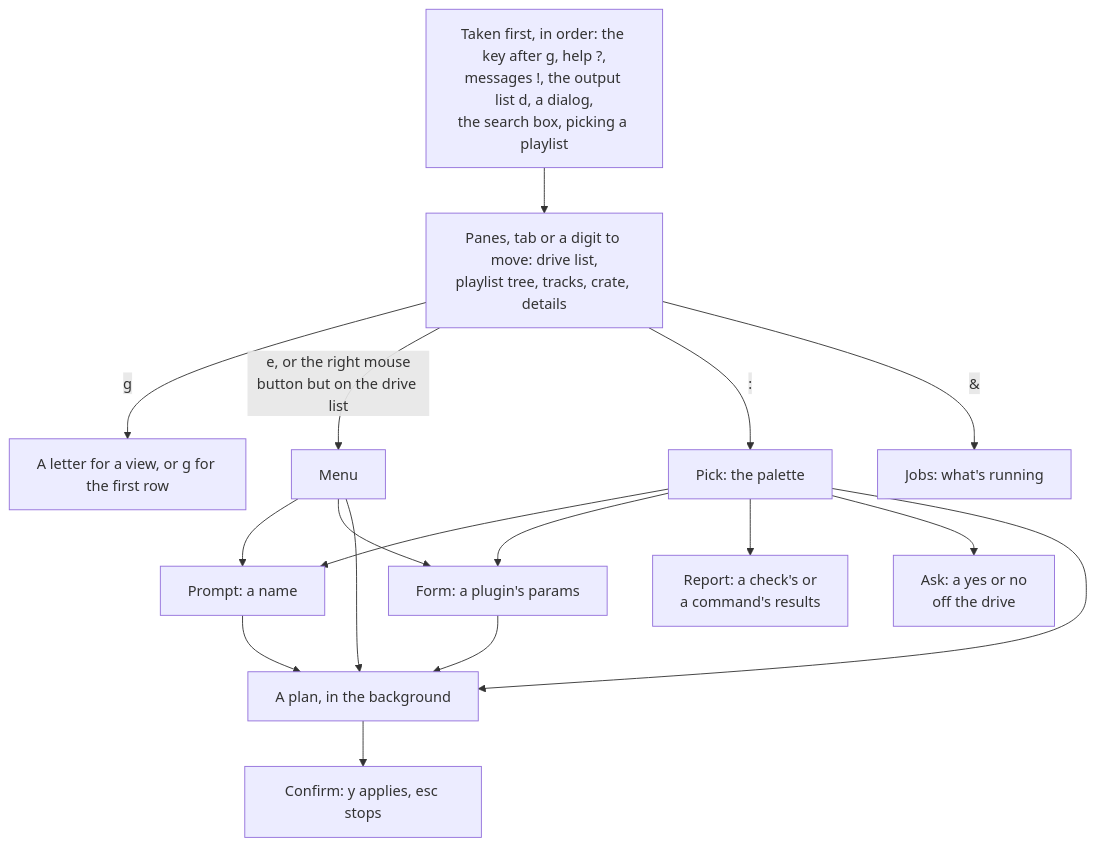
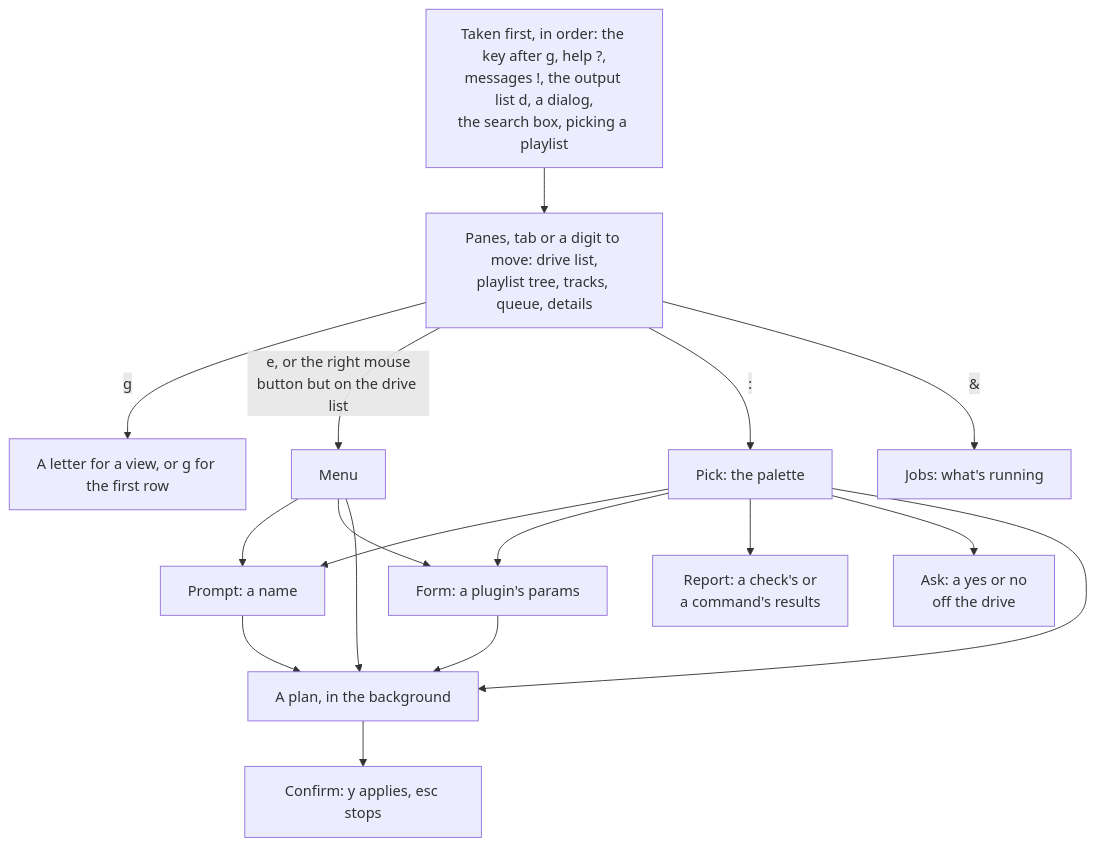
The fourth of 17 diagrams in apps/locallibrary/docs/diagrams/player.md (cutenode/localnetwork), drawn with Mermaid before and after one commit. The commit also changed other lines of this file and 48 other files, not shown here.

````diff
--- a/apps/locallibrary/docs/diagrams/player.md
+++ b/apps/locallibrary/docs/diagrams/player.md
@@ -90,19 +90,19 @@
 ```mermaid
 flowchart TD
-    first["Taken first, in order: the key after g, help ?,<br/>messages !, the output list d, a dialog,<br/>the search box, picking a playlist"] --> panes["Panes, tab or a digit to move: drive list,<br/>playlist tree, tracks, crate, details"]
+    first["Taken first, in order: the key after g, help ?,<br/>messages !, the output list d, a dialog,<br/>the search box, picking a playlist"] --> panes["Panes, tab or a digit to move: drive list,<br/>playlist tree, tracks, queue, details"]
     panes -->|"g"| chord["A letter for a view, or g for the first row"]
     panes -->|"e, or the right mouse<br/>button but on the drive list"| menu["Menu"]
     panes -->|":"| pick["Pick: the palette"]
     panes -->|"&"| jobs["Jobs: what's running"]
     menu --> prompt["Prompt: a name"]
     pick --> prompt
     menu --> form["Form: a plugin's params"]
     pick --> form
     pick --> report["Report: a check's or<br/>a command's results"]
     pick --> ask["Ask: a yes or no<br/>off the drive"]
     prompt --> plan["A plan, in the background"]
     menu --> plan
     pick --> plan
     form --> plan
     plan --> confirm["Confirm: y applies, esc stops"]
 ```
````
